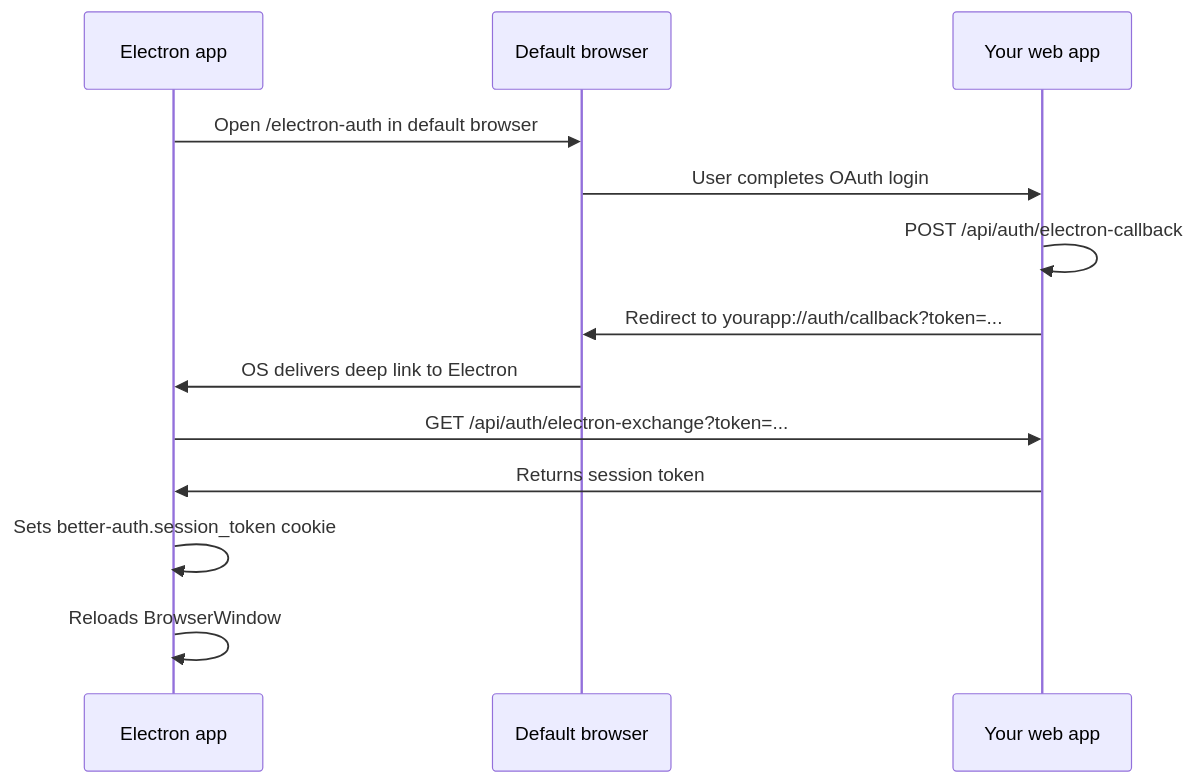
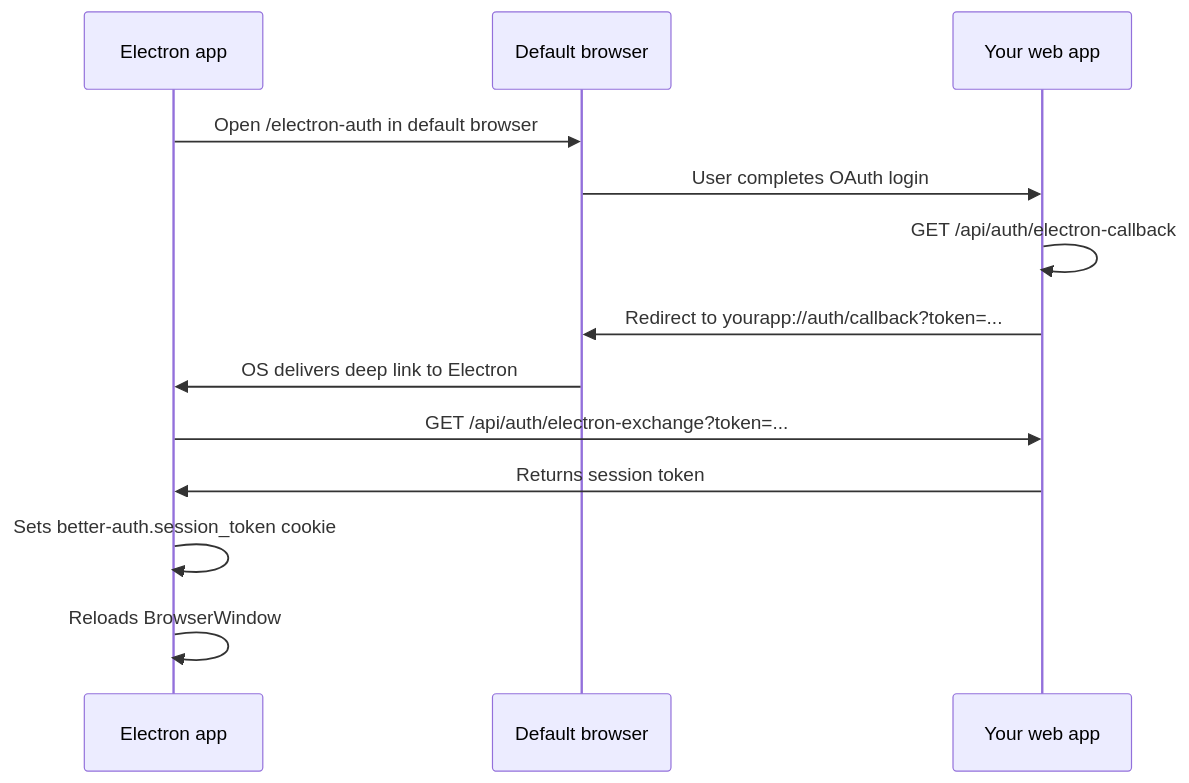
One commit to FranciscoMoretti/sparka changed the diagram in apps/docs/desktop/electron.mdx. Above: the diagram before and after it, drawn with Mermaid. The commit also changed other lines of this file and 5 other files, not shown here.

````diff
--- a/apps/docs/desktop/electron.mdx
+++ b/apps/docs/desktop/electron.mdx
@@ -61,16 +62,16 @@
 ```mermaid
 sequenceDiagram
     participant E as Electron app
     participant B as Default browser
     participant W as Your web app
 
     E->>B: Open /electron-auth in default browser
     B->>W: User completes OAuth login
-    W->>W: POST /api/auth/electron-callback
+    W->>W: GET /api/auth/electron-callback
     W->>B: Redirect to yourapp://auth/callback?token=...
     B->>E: OS delivers deep link to Electron
     E->>W: GET /api/auth/electron-exchange?token=...
     W->>E: Returns session token
     E->>E: Sets better-auth.session_token cookie
     E->>E: Reloads BrowserWindow
 ```
````
